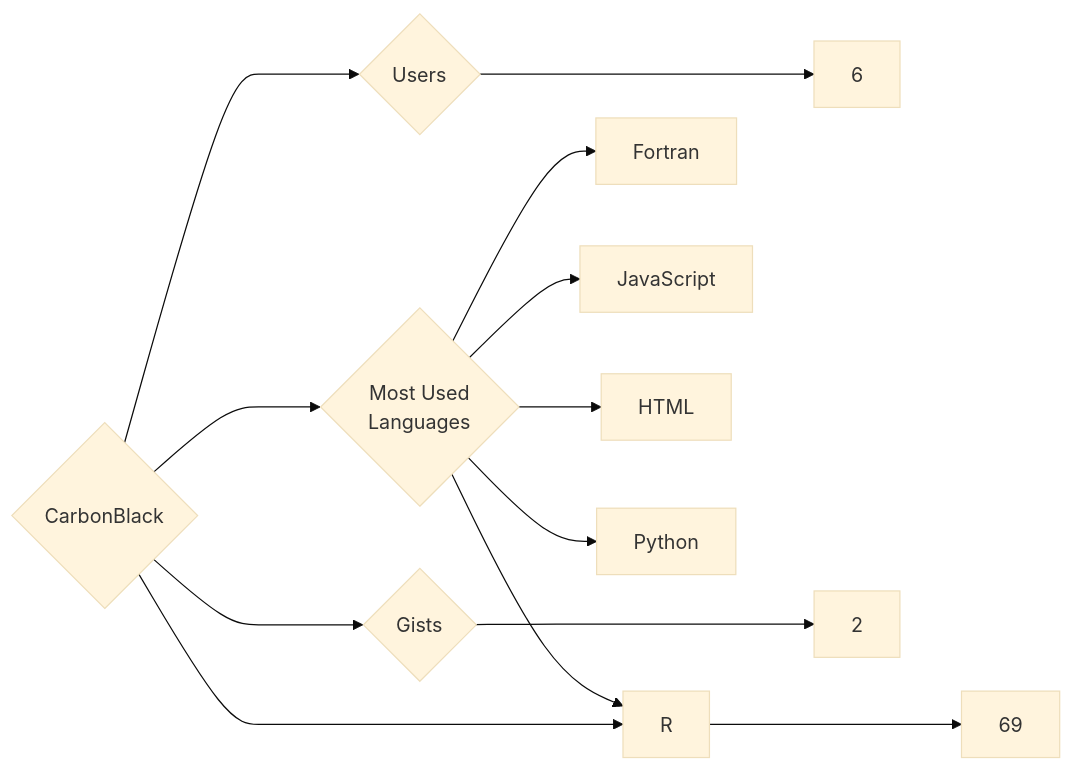
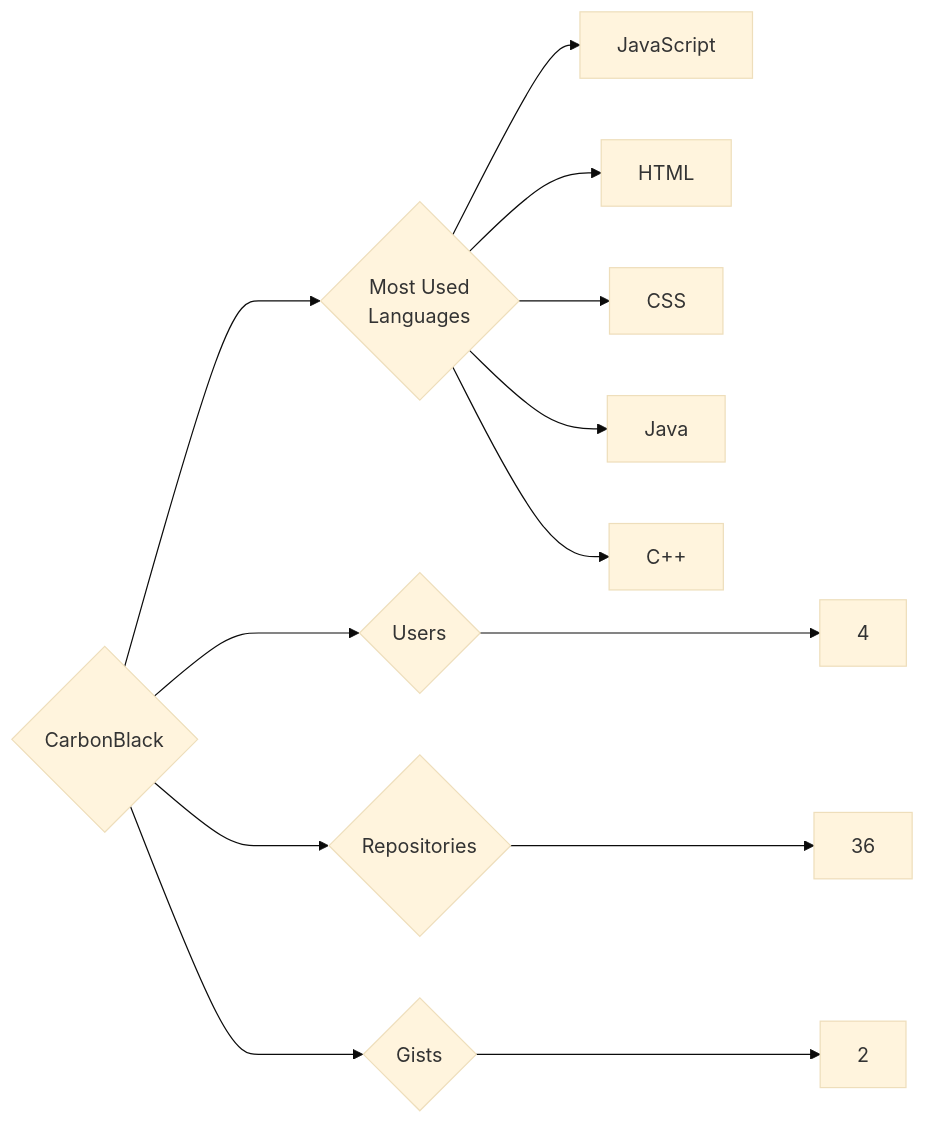
The diagram in targets/CarbonBlack/README.md (trickest/insiders), drawn with Mermaid (base theme) before and after one commit. The commit also changed 838 other files, not shown here.

````diff
--- a/targets/CarbonBlack/README.md
+++ b/targets/CarbonBlack/README.md
@@ -3,13 +3,13 @@
 ```mermaid
 graph LR
 COMPANY_NAME{CarbonBlack}
-COMPANY_NAME ---> U{Users} ---> UN[6]
-COMPANY_NAME ---> R{Repositories} ---> RN[69]
+COMPANY_NAME ---> U{Users} ---> UN[4]
+COMPANY_NAME ---> R{Repositories} ---> RN[36]
 COMPANY_NAME ---> G{Gists} ---> GN[2]
 COMPANY_NAME ---> ML{Most Used<br>Languages}
-ML --> Fortran[Fortran]
 ML --> JavaScript[JavaScript]
 ML --> HTML[HTML]
-ML --> R[R]
-ML --> Python[Python]
+ML --> CSS[CSS]
+ML --> Java[Java]
+ML --> C++[C++]
 ```
````
